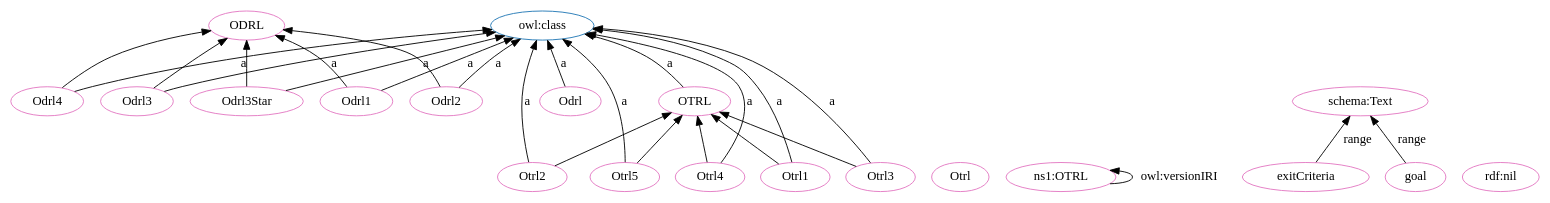
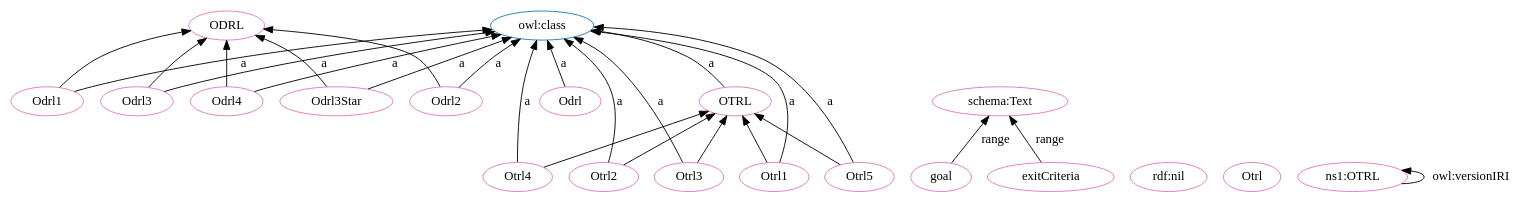
One commit to OPEN-NEXT/OKH-LOSH changed the diagram in OTRL-clean.dot. Above: the diagram before and after it, drawn with Graphviz. The commit also changed other lines of this file and 16 other files, not shown here.

```diff
--- a/OTRL-clean.dot
+++ b/OTRL-clean.dot
@@ -1,51 +1,51 @@
 digraph G {
   rankdir=BT
   node[height=.3]
+"http://purl.org/oseg/ontologies/OTRL#OTRL" [fillcolor="#1f77b4" color="#1f77b4" label="OTRL"]
+"http://www.w3.org/2002/07/owl#class" [fillcolor="#1f77b4" color="#1f77b4" label="owl:class"]
 "http://purl.org/oseg/ontologies/OTRL#ODRL" [fillcolor="#1f77b4" color="#1f77b4" label="ODRL"]
-"http://www.w3.org/2002/07/owl#class" [fillcolor="#1f77b4" color="#1f77b4" label="owl:class"]
-"http://purl.org/oseg/ontologies/OTRL#OTRL" [fillcolor="#1f77b4" color="#1f77b4" label="OTRL"]
+"http://purl.org/oseg/ontologies/OTRL#OTRL" [fillcolor="#e377c2" color="#e377c2" label="OTRL"]
+"http://purl.org/oseg/ontologies/OTRL#Otrl2" [fillcolor="#e377c2" color="#e377c2" label="Otrl2"]
+"http://purl.org/oseg/ontologies/OTRL#goal" [fillcolor="#e377c2" color="#e377c2" label="goal"]
+"http://purl.org/oseg/ontologies/OTRL#Odrl3Star" [fillcolor="#e377c2" color="#e377c2" label="Odrl3Star"]
+"http://www.w3.org/1999/02/22-rdf-syntax-ns#nil" [fillcolor="#e377c2" color="#e377c2" label="rdf:nil"]
+"http://purl.org/oseg/ontologies/OTRL#Otrl5" [fillcolor="#e377c2" color="#e377c2" label="Otrl5"]
 "http://purl.org/oseg/ontologies/OTRL#Otrl" [fillcolor="#e377c2" color="#e377c2" label="Otrl"]
+"http://purl.org/oseg/ontologies/OTRL#Odrl" [fillcolor="#e377c2" color="#e377c2" label="Odrl"]
 "http://purl.org/oseg/ontologies/OTRL#ODRL" [fillcolor="#e377c2" color="#e377c2" label="ODRL"]
+"http://purl.org/oseg/ontologies/OTRL#Otrl3" [fillcolor="#e377c2" color="#e377c2" label="Otrl3"]
+"http://schema.org/Text" [fillcolor="#e377c2" color="#e377c2" label="schema:Text"]
 "http://purl.org/oseg/ontologies/OTRL" [fillcolor="#e377c2" color="#e377c2" label="ns1:OTRL"]
-"http://purl.org/oseg/ontologies/OTRL#OTRL" [fillcolor="#e377c2" color="#e377c2" label="OTRL"]
+"http://purl.org/oseg/ontologies/OTRL#Otrl4" [fillcolor="#e377c2" color="#e377c2" label="Otrl4"]
+"http://purl.org/oseg/ontologies/OTRL#Odrl4" [fillcolor="#e377c2" color="#e377c2" label="Odrl4"]
 "http://purl.org/oseg/ontologies/OTRL#exitCriteria" [fillcolor="#e377c2" color="#e377c2" label="exitCriteria"]
-"http://www.w3.org/1999/02/22-rdf-syntax-ns#nil" [fillcolor="#e377c2" color="#e377c2" label="rdf:nil"]
-"http://purl.org/oseg/ontologies/OTRL#Odrl" [fillcolor="#e377c2" color="#e377c2" label="Odrl"]
-"http://purl.org/oseg/ontologies/OTRL#Otrl2" [fillcolor="#e377c2" color="#e377c2" label="Otrl2"]
-"http://purl.org/oseg/ontologies/OTRL#Odrl4" [fillcolor="#e377c2" color="#e377c2" label="Odrl4"]
+"http://purl.org/oseg/ontologies/OTRL#Otrl1" [fillcolor="#e377c2" color="#e377c2" label="Otrl1"]
+"http://purl.org/oseg/ontologies/OTRL#Odrl2" [fillcolor="#e377c2" color="#e377c2" label="Odrl2"]
+"http://purl.org/oseg/ontologies/OTRL#Odrl1" [fillcolor="#e377c2" color="#e377c2" label="Odrl1"]
 "http://purl.org/oseg/ontologies/OTRL#Odrl3" [fillcolor="#e377c2" color="#e377c2" label="Odrl3"]
-"http://purl.org/oseg/ontologies/OTRL#Odrl3Star" [fillcolor="#e377c2" color="#e377c2" label="Odrl3Star"]
-"http://purl.org/oseg/ontologies/OTRL#Odrl1" [fillcolor="#e377c2" color="#e377c2" label="Odrl1"]
-"http://purl.org/oseg/ontologies/OTRL#Otrl5" [fillcolor="#e377c2" color="#e377c2" label="Otrl5"]
-"http://schema.org/Text" [fillcolor="#e377c2" color="#e377c2" label="schema:Text"]
-"http://purl.org/oseg/ontologies/OTRL#Otrl4" [fillcolor="#e377c2" color="#e377c2" label="Otrl4"]
-"http://purl.org/oseg/ontologies/OTRL#goal" [fillcolor="#e377c2" color="#e377c2" label="goal"]
-"http://purl.org/oseg/ontologies/OTRL#Odrl2" [fillcolor="#e377c2" color="#e377c2" label="Odrl2"]
-"http://purl.org/oseg/ontologies/OTRL#Otrl1" [fillcolor="#e377c2" color="#e377c2" label="Otrl1"]
-"http://purl.org/oseg/ontologies/OTRL#Otrl3" [fillcolor="#e377c2" color="#e377c2" label="Otrl3"]
-  "http://purl.org/oseg/ontologies/OTRL#Odrl3Star" -> "http://purl.org/oseg/ontologies/OTRL#ODRL" [label=""]
-  "http://purl.org/oseg/ontologies/OTRL" -> "http://purl.org/oseg/ontologies/OTRL" [label="owl:versionIRI"]
+  "http://purl.org/oseg/ontologies/OTRL#Otrl3" -> "http://purl.org/oseg/ontologies/OTRL#OTRL" [label=""]
+  "http://purl.org/oseg/ontologies/OTRL#Odrl" -> "http://www.w3.org/2002/07/owl#class" [label="a"]
+  "http://purl.org/oseg/ontologies/OTRL#Odrl3" -> "http://purl.org/oseg/ontologies/OTRL#ODRL" [label=""]
+  "http://purl.org/oseg/ontologies/OTRL#Otrl4" -> "http://purl.org/oseg/ontologies/OTRL#OTRL" [label=""]
+  "http://purl.org/oseg/ontologies/OTRL#Odrl4" -> "http://purl.org/oseg/ontologies/OTRL#ODRL" [label=""]
+  "http://purl.org/oseg/ontologies/OTRL#Otrl4" -> "http://www.w3.org/2002/07/owl#class" [label="a"]
+  "http://purl.org/oseg/ontologies/OTRL#Odrl3" -> "http://www.w3.org/2002/07/owl#class" [label="a"]
+  "http://purl.org/oseg/ontologies/OTRL#Odrl2" -> "http://purl.org/oseg/ontologies/OTRL#ODRL" [label=""]
+  "http://purl.org/oseg/ontologies/OTRL#Otrl1" -> "http://www.w3.org/2002/07/owl#class" [label="a"]
+  "http://purl.org/oseg/ontologies/OTRL#Odrl1" -> "http://purl.org/oseg/ontologies/OTRL#ODRL" [label=""]
+  "http://purl.org/oseg/ontologies/OTRL#Odrl2" -> "http://www.w3.org/2002/07/owl#class" [label="a"]
+  "http://purl.org/oseg/ontologies/OTRL#Otrl2" -> "http://purl.org/oseg/ontologies/OTRL#OTRL" [label=""]
+  "http://purl.org/oseg/ontologies/OTRL#Otrl5" -> "http://purl.org/oseg/ontologies/OTRL#OTRL" [label=""]
   "http://purl.org/oseg/ontologies/OTRL#Otrl2" -> "http://www.w3.org/2002/07/owl#class" [label="a"]
-  "http://purl.org/oseg/ontologies/OTRL#Otrl3" -> "http://www.w3.org/2002/07/owl#class" [label="a"]
-  "http://purl.org/oseg/ontologies/OTRL#Odrl" -> "http://www.w3.org/2002/07/owl#class" [label="a"]
-  "http://purl.org/oseg/ontologies/OTRL#Odrl3" -> "http://www.w3.org/2002/07/owl#class" [label="a"]
   "http://purl.org/oseg/ontologies/OTRL#Odrl3Star" -> "http://www.w3.org/2002/07/owl#class" [label="a"]
   "http://purl.org/oseg/ontologies/OTRL#Otrl5" -> "http://www.w3.org/2002/07/owl#class" [label="a"]
+  "http://purl.org/oseg/ontologies/OTRL#Otrl3" -> "http://www.w3.org/2002/07/owl#class" [label="a"]
+  "http://purl.org/oseg/ontologies/OTRL#Odrl3Star" -> "http://purl.org/oseg/ontologies/OTRL#ODRL" [label=""]
+  "http://purl.org/oseg/ontologies/OTRL#Otrl1" -> "http://purl.org/oseg/ontologies/OTRL#OTRL" [label=""]
   "http://purl.org/oseg/ontologies/OTRL#exitCriteria" -> "http://schema.org/Text" [label="range"]
-  "http://purl.org/oseg/ontologies/OTRL#Otrl4" -> "http://www.w3.org/2002/07/owl#class" [label="a"]
+  "http://purl.org/oseg/ontologies/OTRL" -> "http://purl.org/oseg/ontologies/OTRL" [label="owl:versionIRI"]
+  "http://purl.org/oseg/ontologies/OTRL#Odrl4" -> "http://www.w3.org/2002/07/owl#class" [label="a"]
+  "http://purl.org/oseg/ontologies/OTRL#OTRL" -> "http://www.w3.org/2002/07/owl#class" [label="a"]
+  "http://purl.org/oseg/ontologies/OTRL#Odrl1" -> "http://www.w3.org/2002/07/owl#class" [label="a"]
   "http://purl.org/oseg/ontologies/OTRL#goal" -> "http://schema.org/Text" [label="range"]
-  "http://purl.org/oseg/ontologies/OTRL#Odrl2" -> "http://www.w3.org/2002/07/owl#class" [label="a"]
-  "http://purl.org/oseg/ontologies/OTRL#Odrl2" -> "http://purl.org/oseg/ontologies/OTRL#ODRL" [label=""]
-  "http://purl.org/oseg/ontologies/OTRL#Otrl4" -> "http://purl.org/oseg/ontologies/OTRL#OTRL" [label=""]
-  "http://purl.org/oseg/ontologies/OTRL#Odrl1" -> "http://purl.org/oseg/ontologies/OTRL#ODRL" [label=""]
-  "http://purl.org/oseg/ontologies/OTRL#OTRL" -> "http://www.w3.org/2002/07/owl#class" [label="a"]
-  "http://purl.org/oseg/ontologies/OTRL#Odrl4" -> "http://purl.org/oseg/ontologies/OTRL#ODRL" [label=""]
-  "http://purl.org/oseg/ontologies/OTRL#Odrl4" -> "http://www.w3.org/2002/07/owl#class" [label="a"]
-  "http://purl.org/oseg/ontologies/OTRL#Otrl1" -> "http://purl.org/oseg/ontologies/OTRL#OTRL" [label=""]
-  "http://purl.org/oseg/ontologies/OTRL#Odrl1" -> "http://www.w3.org/2002/07/owl#class" [label="a"]
-  "http://purl.org/oseg/ontologies/OTRL#Otrl3" -> "http://purl.org/oseg/ontologies/OTRL#OTRL" [label=""]
-  "http://purl.org/oseg/ontologies/OTRL#Otrl5" -> "http://purl.org/oseg/ontologies/OTRL#OTRL" [label=""]
-  "http://purl.org/oseg/ontologies/OTRL#Otrl2" -> "http://purl.org/oseg/ontologies/OTRL#OTRL" [label=""]
-  "http://purl.org/oseg/ontologies/OTRL#Otrl1" -> "http://www.w3.org/2002/07/owl#class" [label="a"]
-  "http://purl.org/oseg/ontologies/OTRL#Odrl3" -> "http://purl.org/oseg/ontologies/OTRL#ODRL" [label=""]
 }
```
